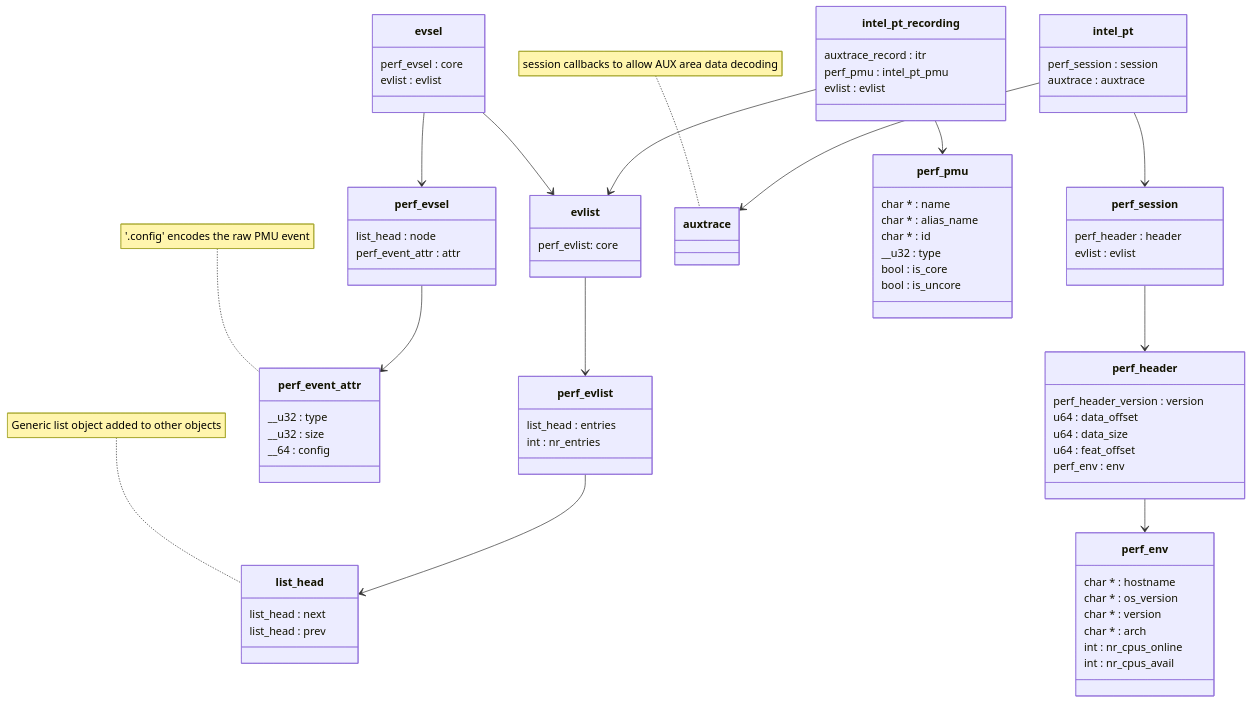
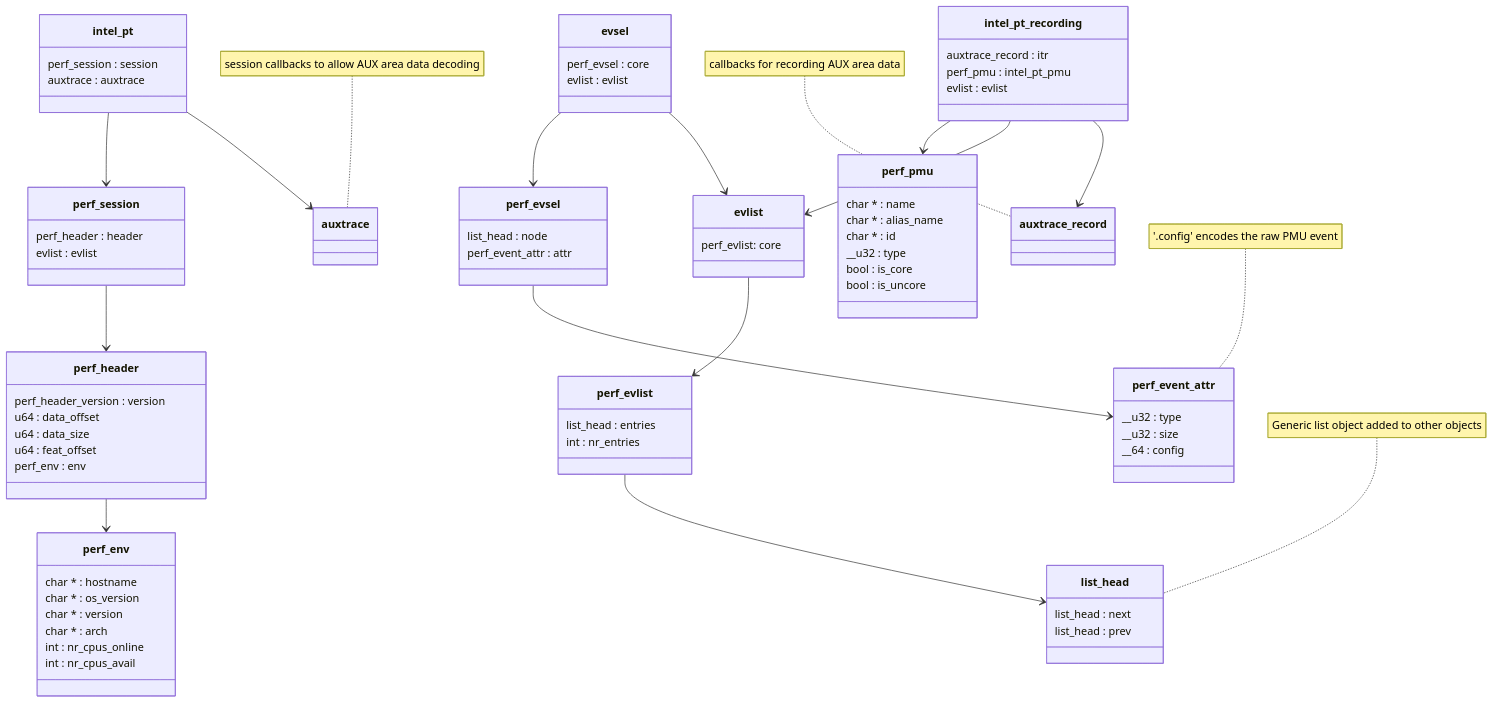
Before and after one commit to jamesodhunt/foo: the diagram in mermaid-classes-2.md, drawn with Mermaid.

````diff
--- a/mermaid-classes-2.md
+++ b/mermaid-classes-2.md
@@ -73,6 +73,10 @@
     }
     note for auxtrace "session callbacks to allow AUX area data decoding"
 
+    class auxtrace_record {
+    }
+    note for auxtrace_record "callbacks for recording AUX area data"
+
     class perf_pmu {
       char * : name
       char * : alias_name
@@ -96,4 +100,5 @@
     intel_pt --> auxtrace
     intel_pt_recording --> perf_pmu
     intel_pt_recording --> evlist
+    intel_pt_recording --> auxtrace_record
 ```
````
